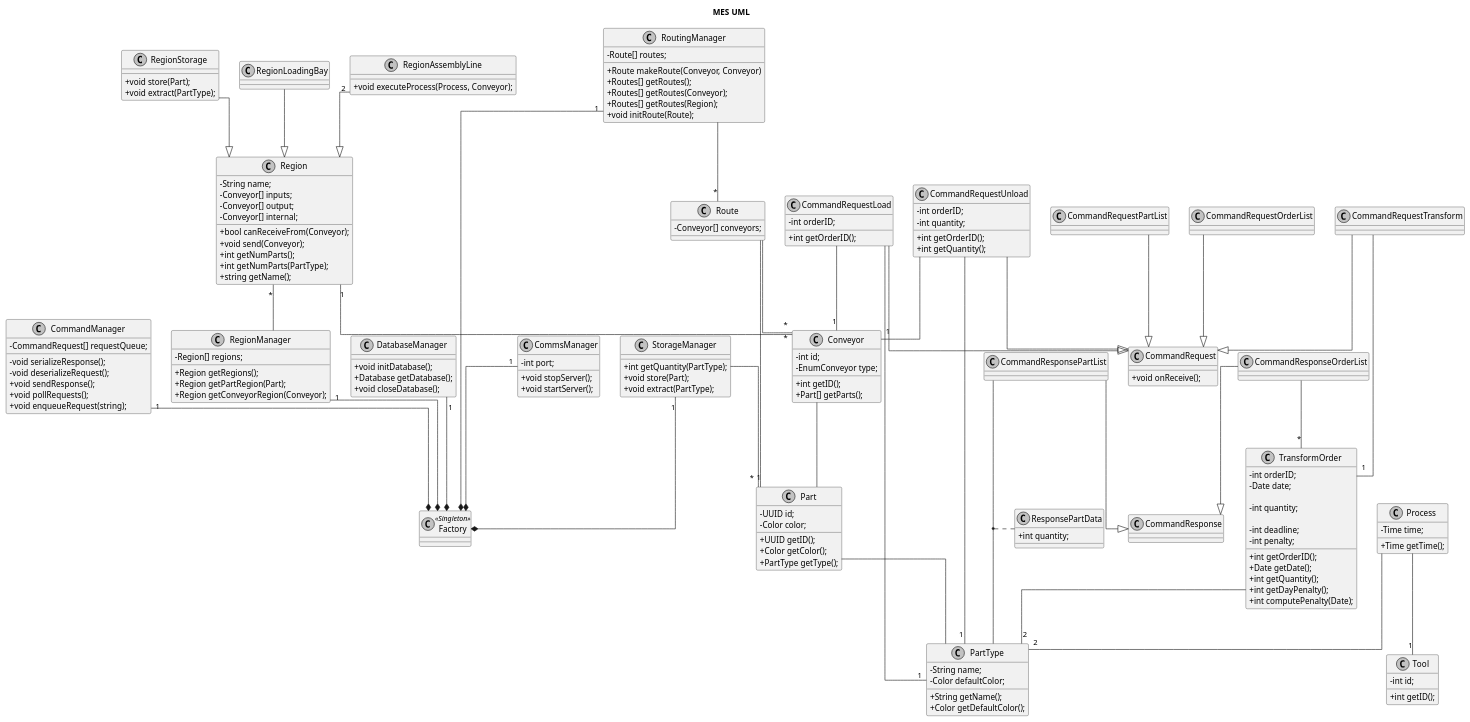
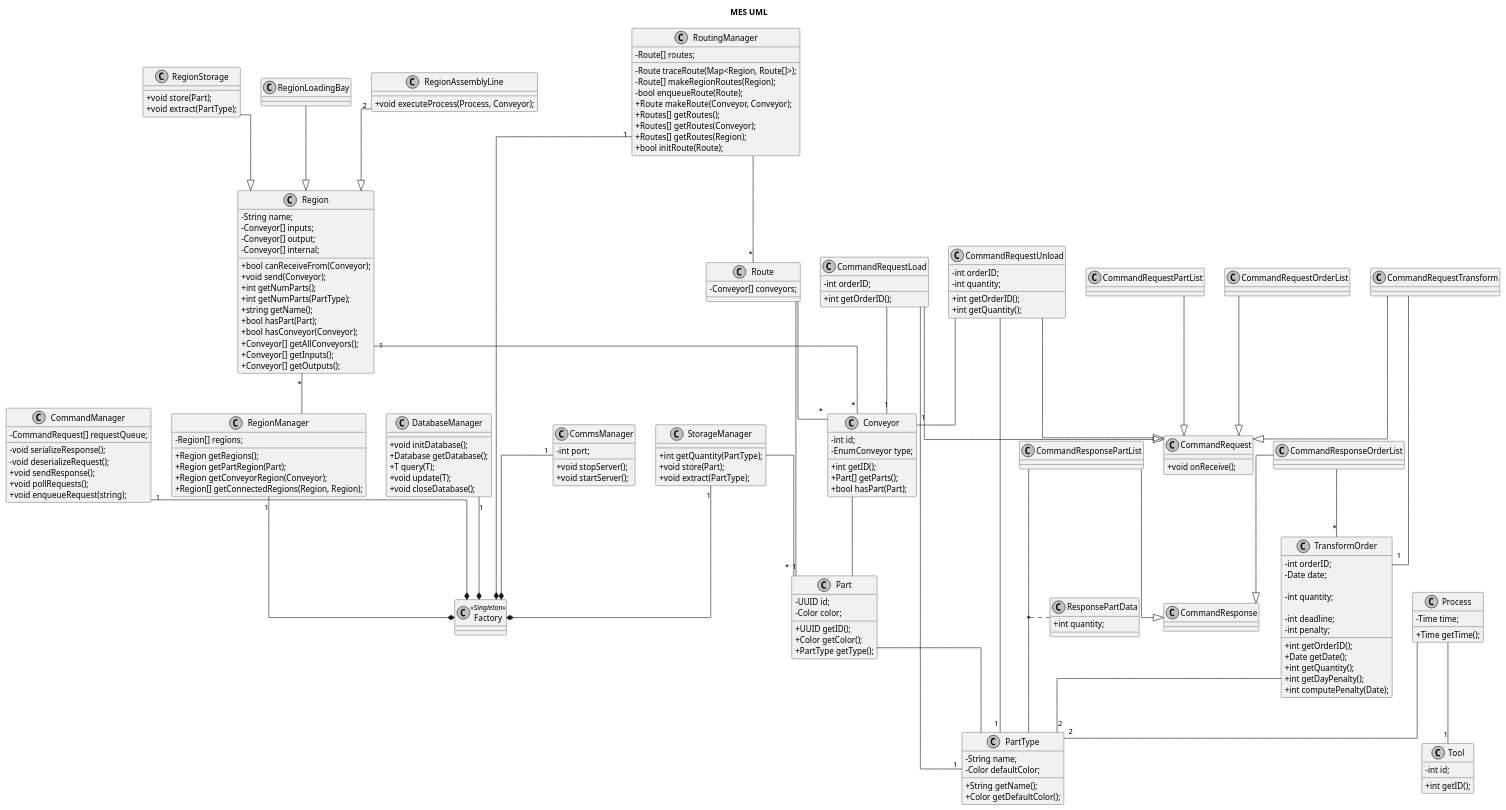
One commit to avrocha/plant-floor-control changed the diagram in docs/classes_uml/mes.puml. Above: the diagram before and after it, drawn with PlantUML. The commit also changed 3 other files, not shown here.

Commit message:
UML: Init #4 #5 #6

```diff
--- a/docs/classes_uml/mes.puml
+++ b/docs/classes_uml/mes.puml
@@ -60,6 +60,7 @@
 
   + int getID();
   + Part[] getParts();
+  + bool hasPart(Part);
 }
 
 Conveyor -- Part
@@ -74,6 +75,7 @@
   + Region getRegions();
   + Region getPartRegion(Part);
   + Region getConveyorRegion(Conveyor);
+  + Region[] getConnectedRegions(Region, Region);
 }
 
 class Region {
@@ -87,6 +89,11 @@
   + int getNumParts();
   + int getNumParts(PartType);
   + string getName();
+  + bool hasPart(Part);
+  + bool hasConveyor(Conveyor);
+  + Conveyor[] getAllConveyors();
+  + Conveyor[] getInputs();
+  + Conveyor[] getOutputs();
 }
 
 Region "1" -- "*" Conveyor
@@ -234,11 +241,14 @@
 class RoutingManager{
   - Route[] routes;
 
-  + Route makeRoute(Conveyor, Conveyor)
+  - Route traceRoute(Map<Region, Route[]>);
+  - Route[] makeRegionRoutes(Region);
+  - bool enqueueRoute(Route);
+  + Route makeRoute(Conveyor, Conveyor);
   + Routes[] getRoutes();
   + Routes[] getRoutes(Conveyor);
   + Routes[] getRoutes(Region);
-  + void initRoute(Route);
+  + bool initRoute(Route);
 }
 
 RoutingManager --"*" Route
@@ -259,6 +269,8 @@
   
   + void initDatabase();
   + Database getDatabase();
+  + T query(T);
+  + void update(T);
   + void closeDatabase();
 }
 
```
